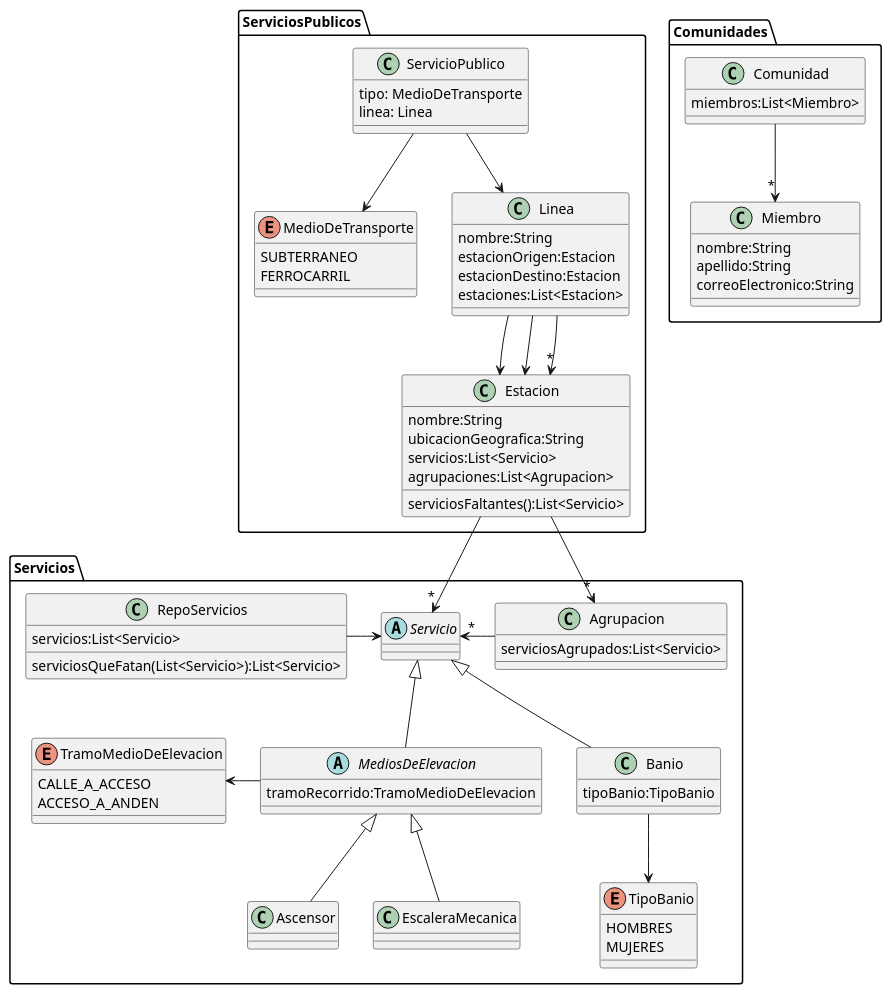
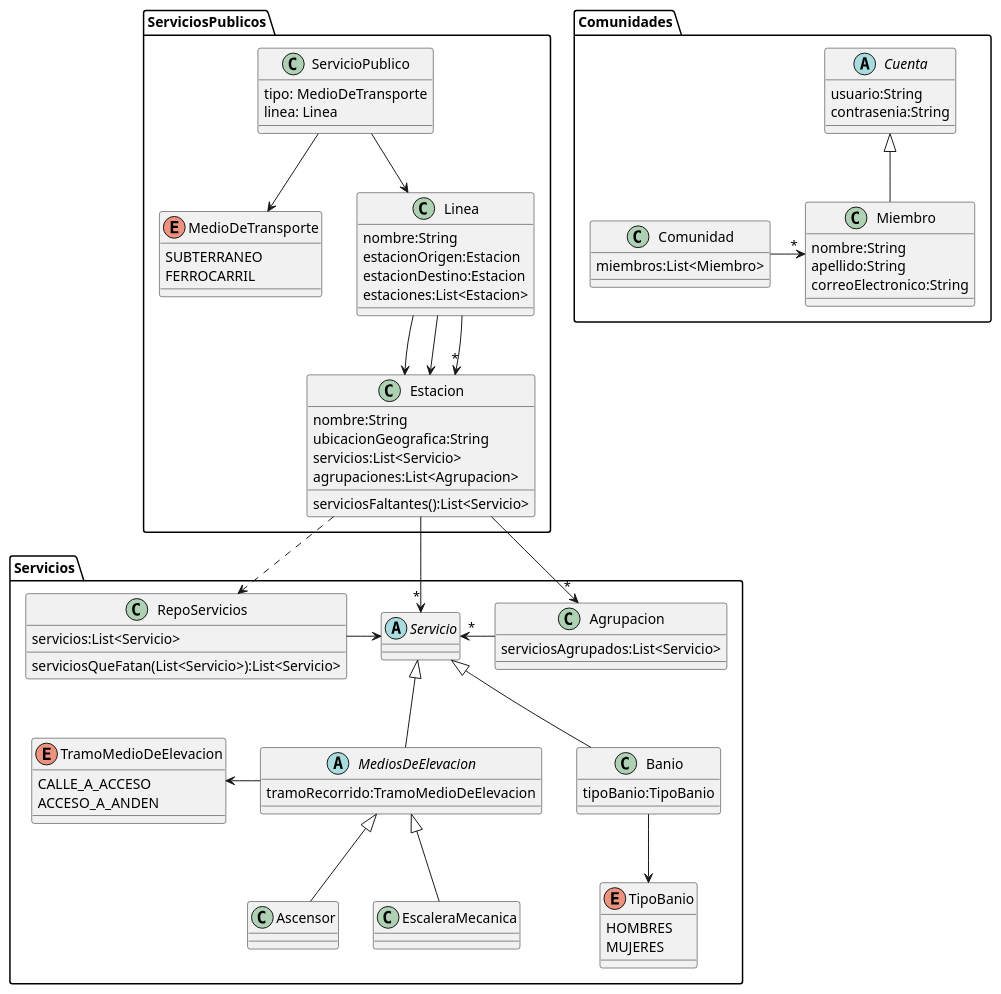
One commit to tomidandrea/TPA-DDS-2023 changed the diagram in out/diagramaDeClases.puml. Above: the diagram before and after it, drawn with PlantUML. The commit also changed 4 other files, not shown here.

Commit message:
Agrego Cuenta al diagrama de clases y algunos cambios mas

```diff
--- a/out/diagramaDeClases.puml
+++ b/out/diagramaDeClases.puml
@@ -1,101 +1,108 @@
 @startuml
 'https://plantuml.com/class-diagram
 
 package ServiciosPublicos{
     class ServicioPublico{
         tipo: MedioDeTransporte
         linea: Linea
     }
     enum MedioDeTransporte{
         SUBTERRANEO
         FERROCARRIL
     }
     class Linea{
         nombre:String
         estacionOrigen:Estacion
         estacionDestino:Estacion
         estaciones:List<Estacion>
     }
 
     class Estacion{
         nombre:String
         ubicacionGeografica:String
         servicios:List<Servicio>
         agrupaciones:List<Agrupacion>
         serviciosFaltantes():List<Servicio>
     }
     Linea --> Estacion
     Linea --> Estacion
     Linea -->"*" Estacion
     ServicioPublico --> MedioDeTransporte
     ServicioPublico --> Linea
 }
 
 
 package Servicios {
   class RepoServicios{
       servicios:List<Servicio>
       serviciosQueFatan(List<Servicio>):List<Servicio>
   }
   class Agrupacion{
       serviciosAgrupados:List<Servicio>
   }
   abstract class Servicio{
   }
 
   abstract class MediosDeElevacion{
     tramoRecorrido:TramoMedioDeElevacion
   }
 
   enum TramoMedioDeElevacion{
     CALLE_A_ACCESO
     ACCESO_A_ANDEN
   }
 
   class Ascensor{
   }
 
   class EscaleraMecanica{
   }
 
   class Banio{
     tipoBanio:TipoBanio
   }
 
   enum TipoBanio{
     HOMBRES
     MUJERES
   }
 
 'Relaciones de servicios
     RepoServicios -right-> Servicio
     Estacion -->"*" Servicio
     Estacion -->"*" Agrupacion
+    Estacion ..> RepoServicios
     Agrupacion -left->"*" Servicio
     MediosDeElevacion -up-|> Servicio
     MediosDeElevacion -left-> TramoMedioDeElevacion
     Ascensor -up-|> MediosDeElevacion
     EscaleraMecanica -up-|> MediosDeElevacion
     Banio -up-|> Servicio
     Banio -down-> TipoBanio
 }
 
 package Comunidades{
     class Comunidad{
         miembros:List<Miembro>
     }
     class Miembro{
         nombre:String
         apellido:String
         correoElectronico:String
     }
-    Comunidad -down->"*" Miembro
+    abstract class Cuenta{
+        usuario:String
+        contrasenia:String
+    }
+
+    Comunidad -right->"*" Miembro
+    Miembro-up-|>Cuenta
 }
 
 
 
 
 
 
 
 @enduml
```
